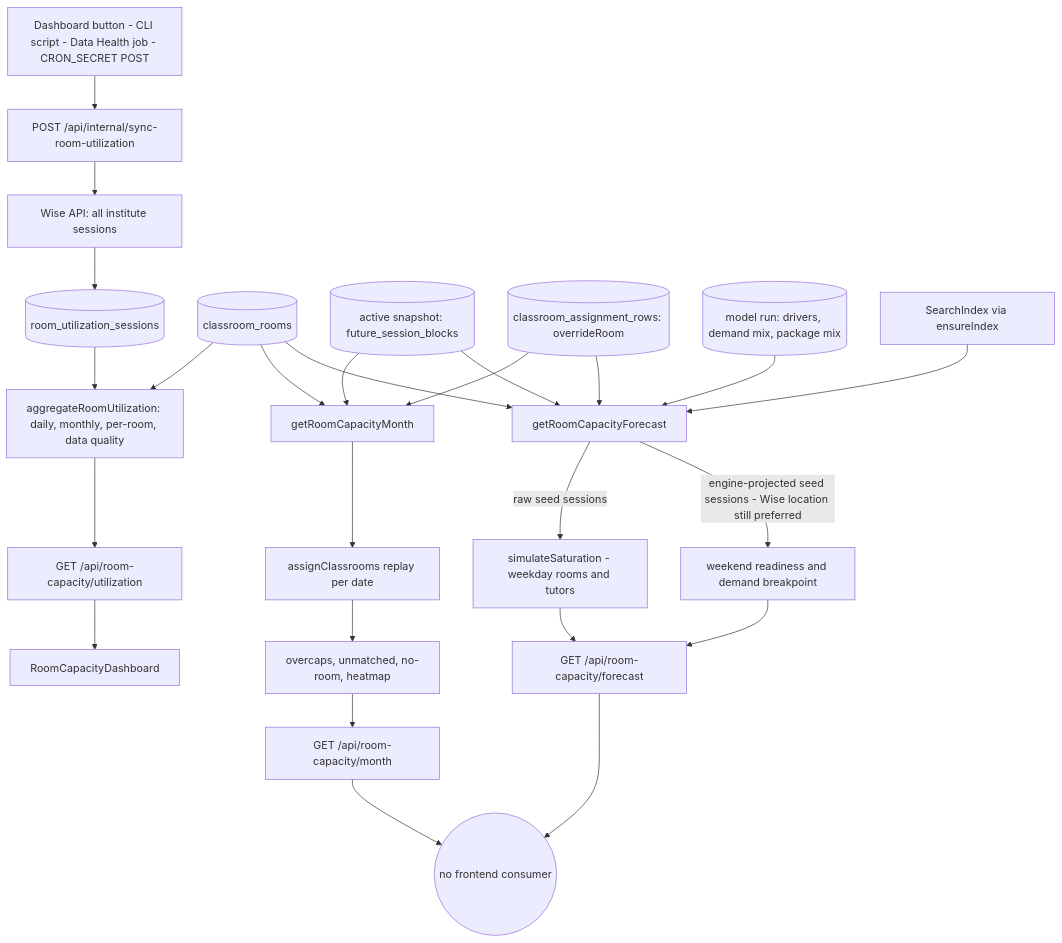
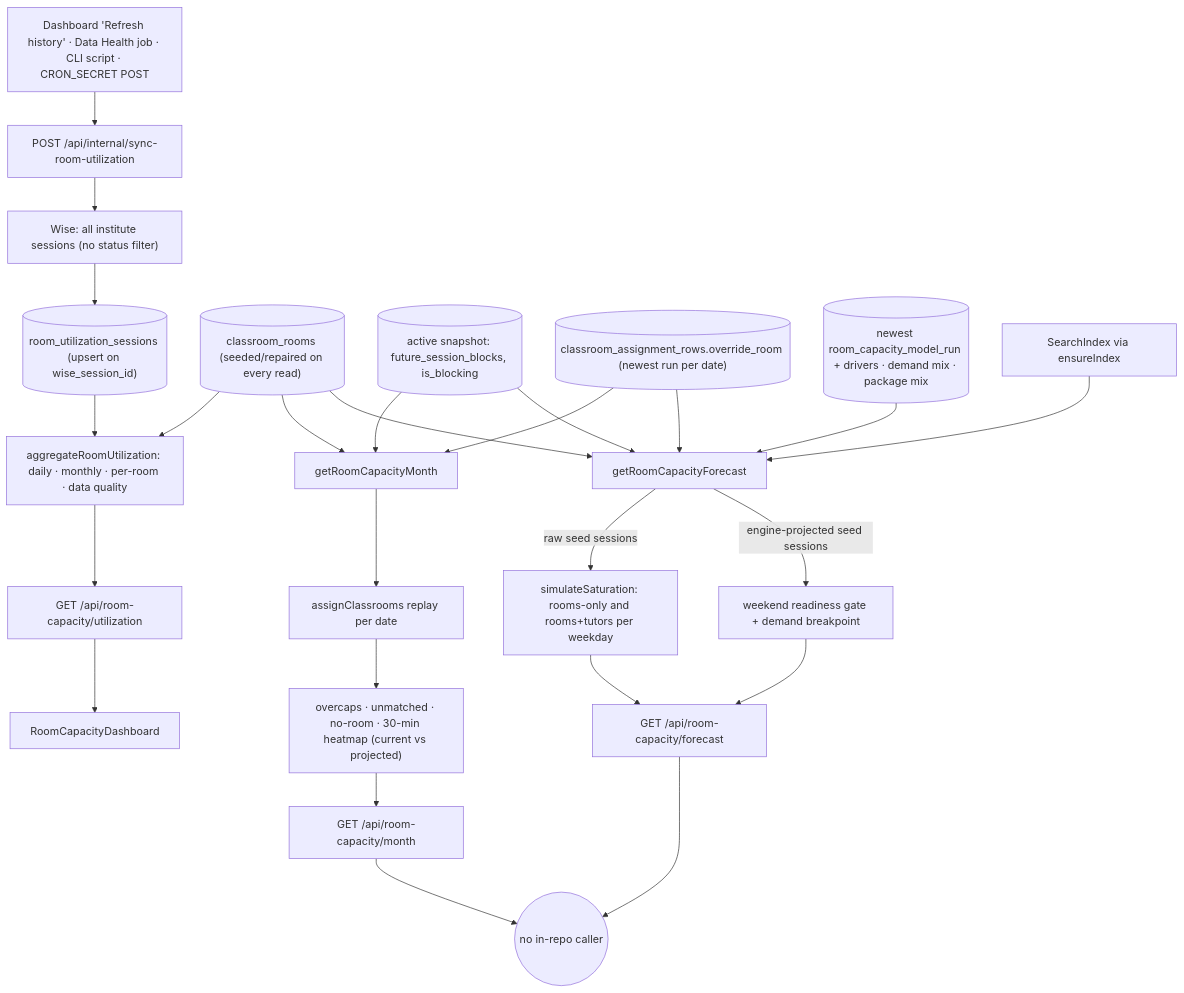
Before and after one commit to kasheesh711/bgscheduler: the diagram in docs/features/room-capacity.md, drawn with Mermaid. The commit also changed other lines of this file and 95 other files, not shown here.

````diff
--- a/docs/features/room-capacity.md
+++ b/docs/features/room-capacity.md
@@ -75,30 +82,30 @@
 ```mermaid
 flowchart TD
-    Trigger[Dashboard button - CLI script - Data Health job - CRON_SECRET POST] --> SyncRoute[POST /api/internal/sync-room-utilization]
-    SyncRoute --> Wise[Wise API: all institute sessions]
-    Wise --> RUS[(room_utilization_sessions)]
-    RUS --> Agg[aggregateRoomUtilization: daily, monthly, per-room, data quality]
-    Rooms[(classroom_rooms)] --> Agg
-    Agg --> UtilAPI[GET /api/room-capacity/utilization]
-    UtilAPI --> Dash[RoomCapacityDashboard]
+    Trigger["Dashboard 'Refresh history' · Data Health job · CLI script · CRON_SECRET POST"] --> SyncRoute["POST /api/internal/sync-room-utilization"]
+    SyncRoute --> Wise["Wise: all institute sessions (no status filter)"]
+    Wise --> RUS[("room_utilization_sessions (upsert on wise_session_id)")]
+    RUS --> Agg["aggregateRoomUtilization: daily · monthly · per-room · data quality"]
+    Rooms[("classroom_rooms (seeded/repaired on every read)")] --> Agg
+    Agg --> UtilAPI["GET /api/room-capacity/utilization"]
+    UtilAPI --> Dash["RoomCapacityDashboard"]
 
-    Snap[(active snapshot: future_session_blocks)] --> Month[getRoomCapacityMonth]
+    Snap[("active snapshot: future_session_blocks, is_blocking")] --> Month["getRoomCapacityMonth"]
     Rooms --> Month
-    Overrides[(classroom_assignment_rows: overrideRoom)] --> Month
-    Month --> Replay[assignClassrooms replay per date]
-    Replay --> Analysis[overcaps, unmatched, no-room, heatmap]
-    Analysis --> MonthAPI[GET /api/room-capacity/month]
+    Overrides[("classroom_assignment_rows.override_room (newest run per date)")] --> Month
+    Month --> Replay["assignClassrooms replay per date"]
+    Replay --> Analysis["overcaps · unmatched · no-room · 30-min heatmap (current vs projected)"]
+    Analysis --> MonthAPI["GET /api/room-capacity/month"]
 
-    Model[(model run: drivers, demand mix, package mix)] --> Forecast[getRoomCapacityForecast]
+    Model[("newest room_capacity_model_run + drivers · demand mix · package mix")] --> Forecast["getRoomCapacityForecast"]
     Snap --> Forecast
     Rooms --> Forecast
     Overrides --> Forecast
-    Index[SearchIndex via ensureIndex] --> Forecast
-    Forecast -->|raw seed sessions| Sat[simulateSaturation - weekday rooms and tutors]
-    Forecast -->|engine-projected seed sessions - Wise location still preferred| Weekend[weekend readiness and demand breakpoint]
-    Sat --> ForecastAPI[GET /api/room-capacity/forecast]
+    Index["SearchIndex via ensureIndex"] --> Forecast
+    Forecast -->|raw seed sessions| Sat["simulateSaturation: rooms-only and rooms+tutors per weekday"]
+    Forecast -->|engine-projected seed sessions| Weekend["weekend readiness gate + demand breakpoint"]
+    Sat --> ForecastAPI["GET /api/room-capacity/forecast"]
     Weekend --> ForecastAPI
 
-    MonthAPI --> NoUI((no frontend consumer))
+    MonthAPI --> NoUI(("no in-repo caller"))
     ForecastAPI --> NoUI
 ```
````
